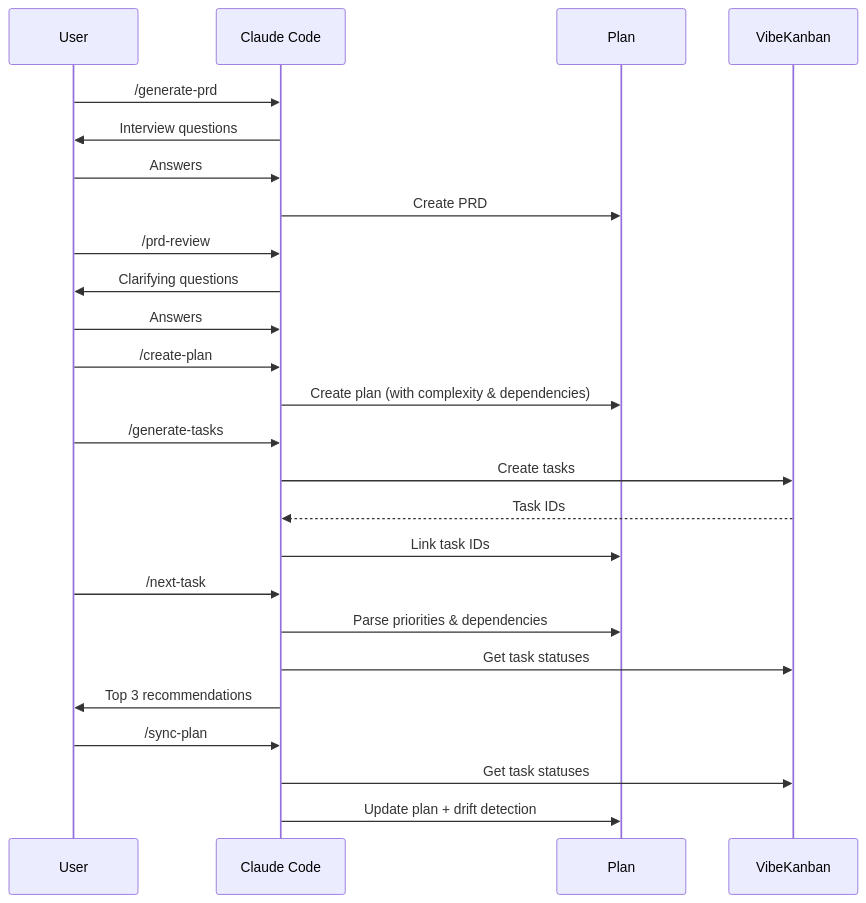
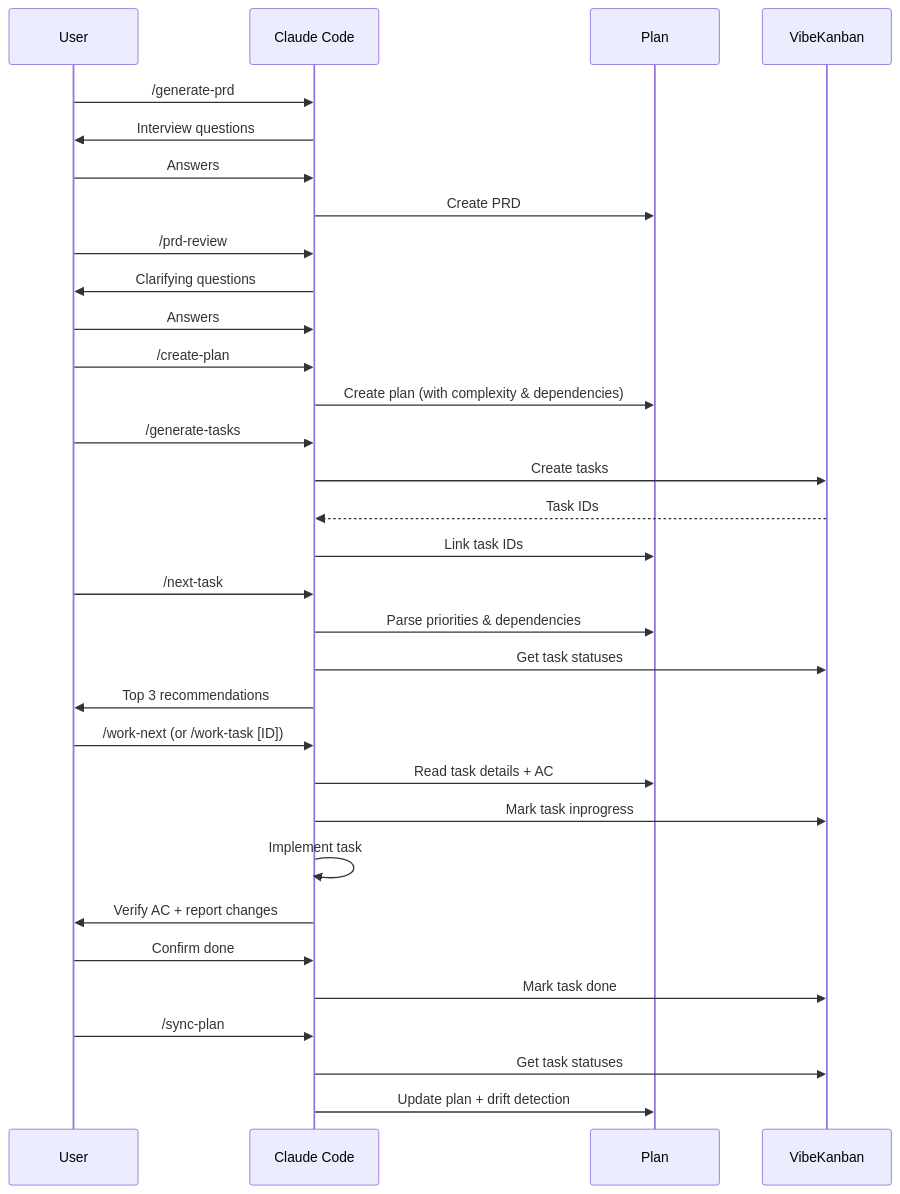
Before and after one commit to ericblue/claude-vibekanban: the second of 3 diagrams in README.md, drawn with Mermaid. The commit also changed other lines of this file and 3 other files, not shown here.

First line of the commit message:
Add /work-task and /work-next execution commands

````diff
--- a/README.md
+++ b/README.md
@@ -56,33 +66,41 @@
 ```mermaid
 sequenceDiagram
     participant U as User
     participant C as Claude Code
     participant P as Plan
     participant VK as VibeKanban
 
     U->>C: /generate-prd
     C->>U: Interview questions
     U->>C: Answers
     C->>P: Create PRD
 
     U->>C: /prd-review
     C->>U: Clarifying questions
     U->>C: Answers
 
     U->>C: /create-plan
     C->>P: Create plan (with complexity & dependencies)
 
     U->>C: /generate-tasks
     C->>VK: Create tasks
     VK-->>C: Task IDs
     C->>P: Link task IDs
 
     U->>C: /next-task
     C->>P: Parse priorities & dependencies
     C->>VK: Get task statuses
     C->>U: Top 3 recommendations
 
+    U->>C: /work-next (or /work-task [ID])
+    C->>P: Read task details + AC
+    C->>VK: Mark task inprogress
+    C->>C: Implement task
+    C->>U: Verify AC + report changes
+    U->>C: Confirm done
+    C->>VK: Mark task done
+
     U->>C: /sync-plan
     C->>VK: Get task statuses
     C->>P: Update plan + drift detection
 ```
````
